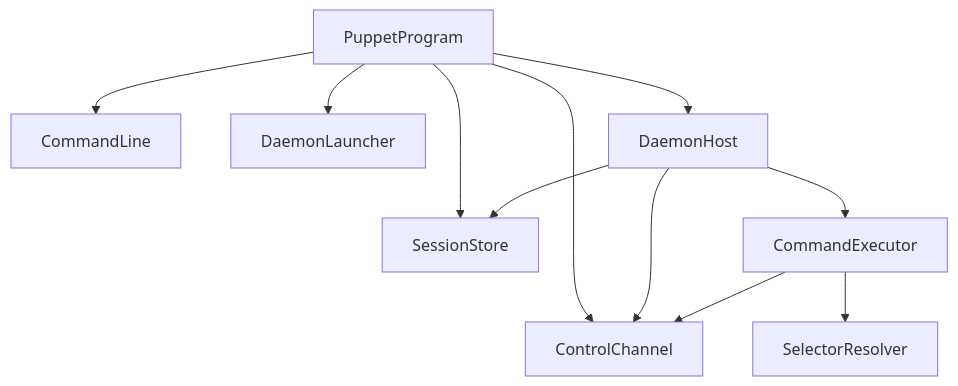
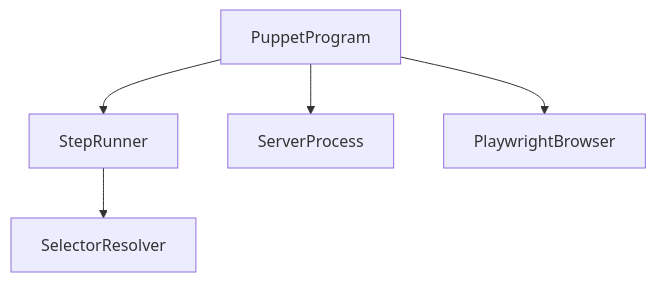
Before and after one commit to demaconsulting/ReviewCenter: the diagram in docs/design/review-center-puppet.md, drawn with Mermaid. The commit also changed other lines of this file and 91 other files, not shown here.

First line of the commit message:
Simplify the Puppet to a single-process run-steps design

````diff
--- a/docs/design/review-center-puppet.md
+++ b/docs/design/review-center-puppet.md
@@ -32,13 +29,7 @@
 ```mermaid
 flowchart TD
-    PuppetProgram --> CommandLine
-    PuppetProgram --> SessionStore
-    PuppetProgram --> ControlChannel
-    PuppetProgram --> DaemonLauncher
-    PuppetProgram --> DaemonHost
-    DaemonHost --> SessionStore
-    DaemonHost --> ControlChannel
-    DaemonHost --> CommandExecutor
-    CommandExecutor --> SelectorResolver
-    CommandExecutor --> ControlChannel
+    PuppetProgram --> StepRunner
+    PuppetProgram --> ServerProcess
+    PuppetProgram --> PlaywrightBrowser
+    StepRunner --> SelectorResolver
 ```
````
